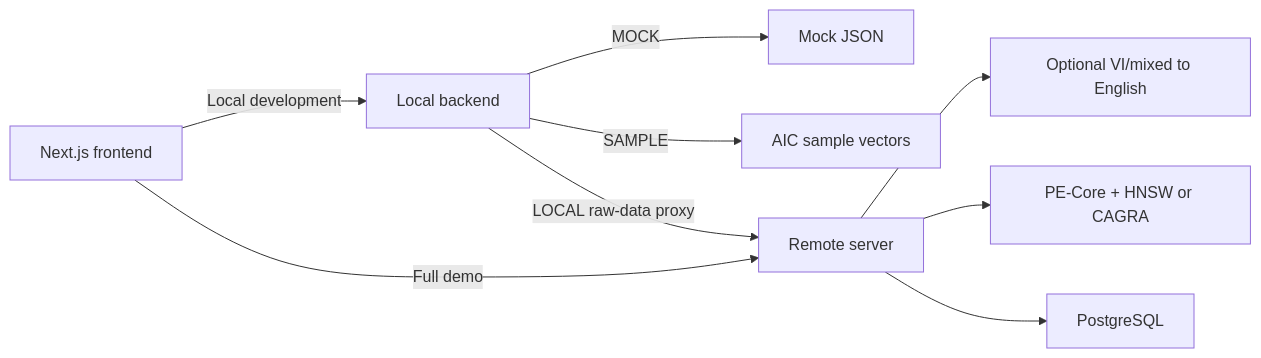
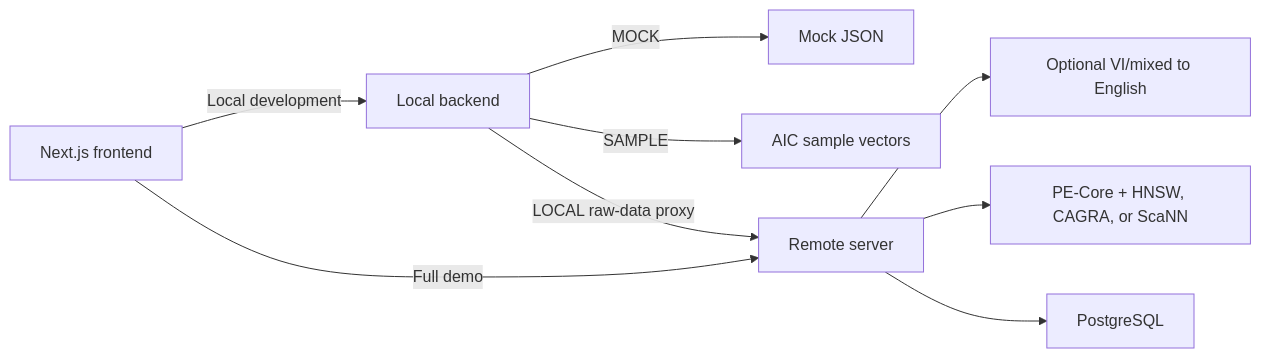
Before and after one commit to vtphatt2/AIC-HCMC-2026: the first of 2 diagrams in docs/architecture.md, drawn with Mermaid. The commit also changed other lines of this file and 22 other files, not shown here.

First line of the commit message:
feat: integrate runtime vector search algorithm selection with FLAT and ScaNN support

````diff
--- a/docs/architecture.md
+++ b/docs/architecture.md
@@ -9,20 +9,20 @@
 ```mermaid
 flowchart LR
     UI[Next.js frontend]
     LB[Local backend]
     RB[Remote server]
     MOCK[Mock JSON]
     SAMPLE[AIC sample vectors]
-    SEARCH[PE-Core + HNSW or CAGRA]
+    SEARCH[PE-Core + HNSW, CAGRA, or ScaNN]
     TEXT[PostgreSQL]
     TRANS[Optional VI/mixed to English]
 
     UI -->|Local development| LB
     LB -->|MOCK| MOCK
     LB -->|SAMPLE| SAMPLE
     LB -->|LOCAL raw-data proxy| RB
     UI -->|Full demo| RB
     RB --> TRANS
     RB --> SEARCH
     RB --> TEXT
 ```
````
